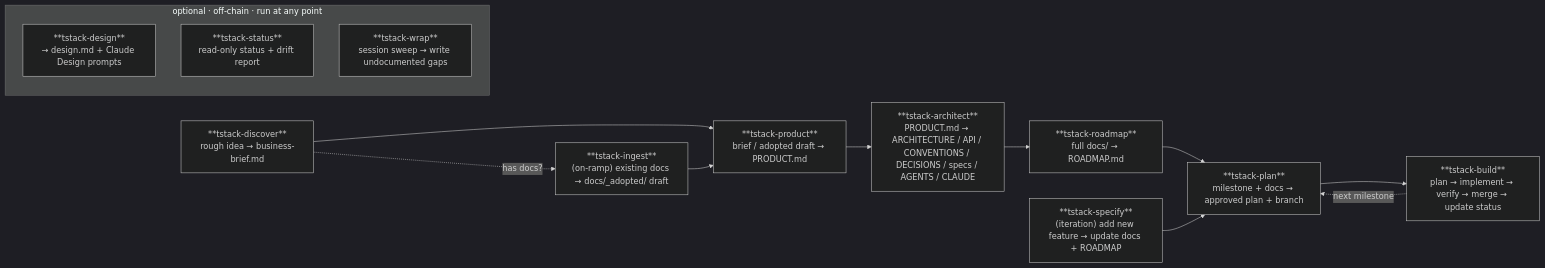
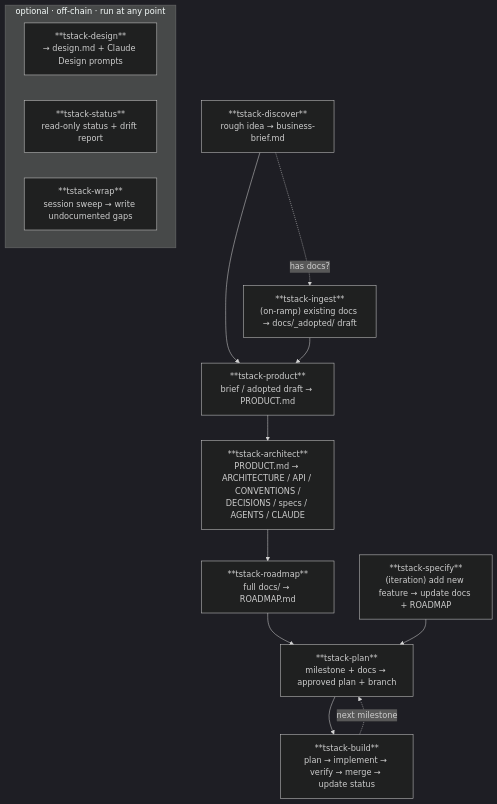
Before and after one commit to tatejennings/tstack: the diagram in README.md, drawn with Mermaid (dark theme).

Commit message:
docs: make lifecycle mermaid diagram vertical for readability
Switch the lifecycle flowchart from LR to TD so each stage stacks on
its own row instead of being squeezed into one wide line. Wrap the long
tstack-architect label across two lines; keep off-chain companions as a
compact horizontal row. No semantic change to nodes or edges.

````diff
--- a/README.md
+++ b/README.md
@@ -13,21 +13,23 @@
 ```mermaid
-flowchart LR
+flowchart TD
+  A["**tstack-discover**<br/>rough idea → business-brief.md"]
   I["**tstack-ingest**<br/>(on-ramp) existing docs → docs/_adopted/ draft"]
-  A["**tstack-discover**<br/>rough idea → business-brief.md"]
   B["**tstack-product**<br/>brief / adopted draft → PRODUCT.md"]
-  C["**tstack-architect**<br/>PRODUCT.md → ARCHITECTURE / API / CONVENTIONS / DECISIONS / specs / AGENTS / CLAUDE"]
+  C["**tstack-architect**<br/>PRODUCT.md → ARCHITECTURE / API / CONVENTIONS /<br/>DECISIONS / specs / AGENTS / CLAUDE"]
   D["**tstack-roadmap**<br/>full docs/ → ROADMAP.md"]
   P["**tstack-plan**<br/>milestone + docs → approved plan + branch"]
   E["**tstack-build**<br/>plan → implement → verify → merge → update status"]
   F["**tstack-specify**<br/>(iteration) add new feature → update docs + ROADMAP"]
-  A --> B --> C --> D --> P --> E
+  A -.has docs?.-> I
+  A --> B
   I --> B
-  A -.has docs?.-> I
+  B --> C --> D --> P --> E
   E -.next milestone.-> P
   F --> P
   subgraph offchain ["optional · off-chain · run at any point"]
+    direction LR
     G["**tstack-design**<br/>→ design.md + Claude Design prompts"]
     H["**tstack-status**<br/>read-only status + drift report"]
     W["**tstack-wrap**<br/>session sweep → write undocumented gaps"]
   end
 ```
````
